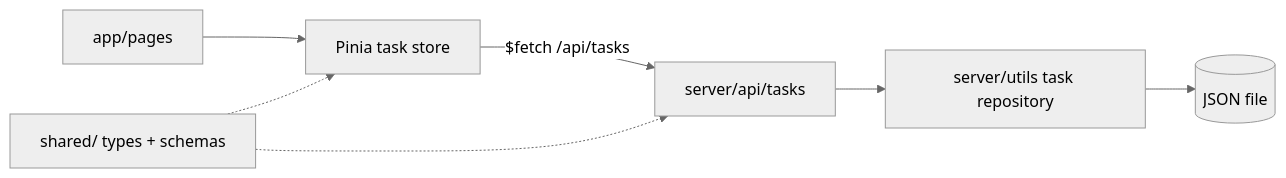
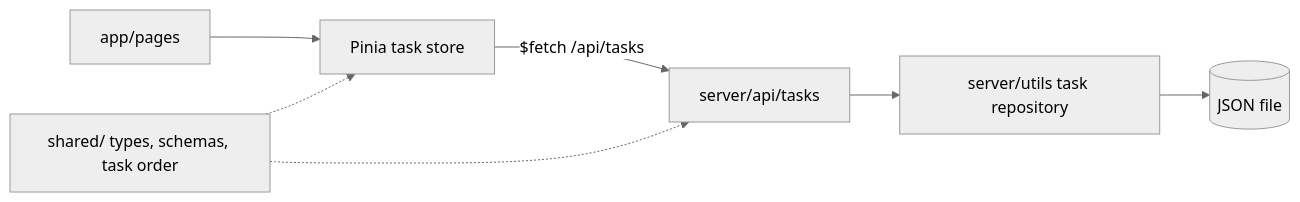
The diagram in aidd_docs/memory/architecture.md (Dyloow/task-manager), drawn with Mermaid (neutral theme) before and after one commit. The commit also changed other lines of this file and 3 other files, not shown here.

````diff
--- a/aidd_docs/memory/architecture.md
+++ b/aidd_docs/memory/architecture.md
@@ -11,9 +11,9 @@
 ```mermaid
 flowchart LR
     Page[app/pages] --> Store[Pinia task store]
     Store -- "$fetch /api/tasks" --> Routes[server/api/tasks]
     Routes --> Repo[server/utils task repository]
     Repo --> File[(JSON file)]
-    Shared[shared/ types + schemas] -.-> Store
+    Shared[shared/ types, schemas, task order] -.-> Store
     Shared -.-> Routes
 ```
````
